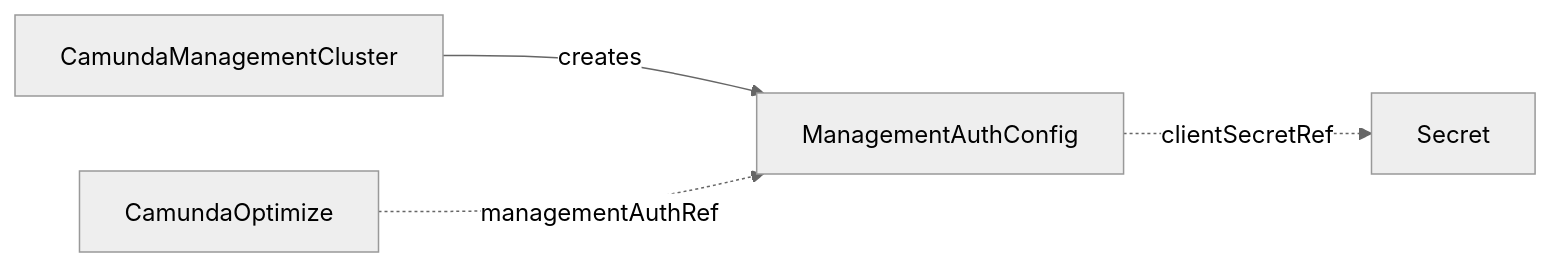
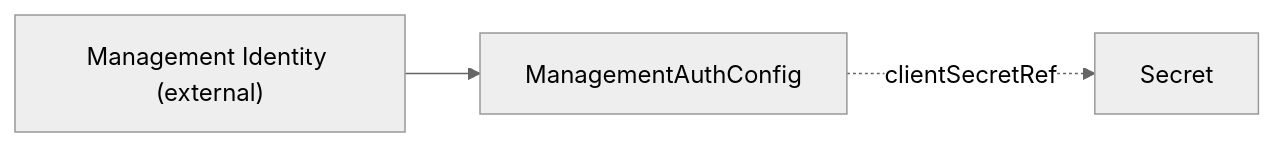
One commit to konsole-is/camunda-operator changed the diagram in docs/crds/managementauthconfig.md. Above: the diagram before and after it, drawn with Mermaid (neutral theme). The commit also changed other lines of this file and 30 other files, not shown here.

````diff
--- a/docs/crds/managementauthconfig.md
+++ b/docs/crds/managementauthconfig.md
@@ -29,6 +22,5 @@
 ```mermaid
 graph LR
-    CMC[CamundaManagementCluster] -->|creates| MAC[ManagementAuthConfig]
+    EXT["Management Identity (external)"] --> MAC[ManagementAuthConfig]
     MAC -.->|clientSecretRef| SEC[Secret]
-    OPT[CamundaOptimize] -.->|managementAuthRef| MAC
 ```
````
